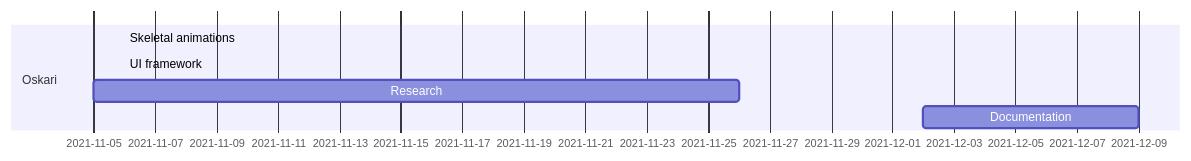
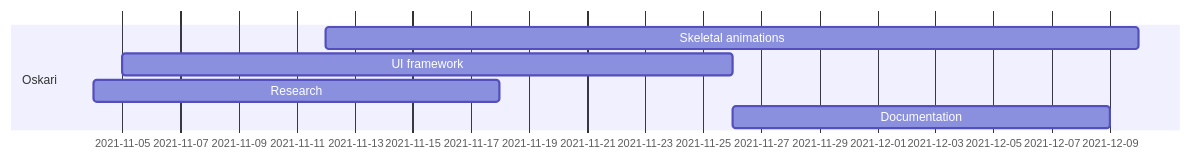
The seventh of 7 diagrams in docs/ProjectPlan.md (IlkkaTakala/Eril-Engine), drawn with Mermaid before and after one commit. The commit also changed other lines of this file, not shown here.

Commit message:
Changed timelines

````diff
--- a/docs/ProjectPlan.md
+++ b/docs/ProjectPlan.md
@@ -119,11 +121,11 @@
 ```mermaid
 gantt
 dateFormat  DD-MM
 
 section Oskari
-Skeletal animations     :        odes1, 07-11, 06-11
-UI framework            :        odes2, 07-11, 06-11
-Research                :        odes3, 05-11, 26-11
-Documentation           :        odes4, 02-12, 09-12
+Skeletal animations     :        odes1, 12-11, 10-12
+UI framework            :        odes2, 05-11, 26-11
+Research                :        odes3, 04-11, 18-11
+Documentation           :        odes4, 26-11, 09-12
 
 ```
````
